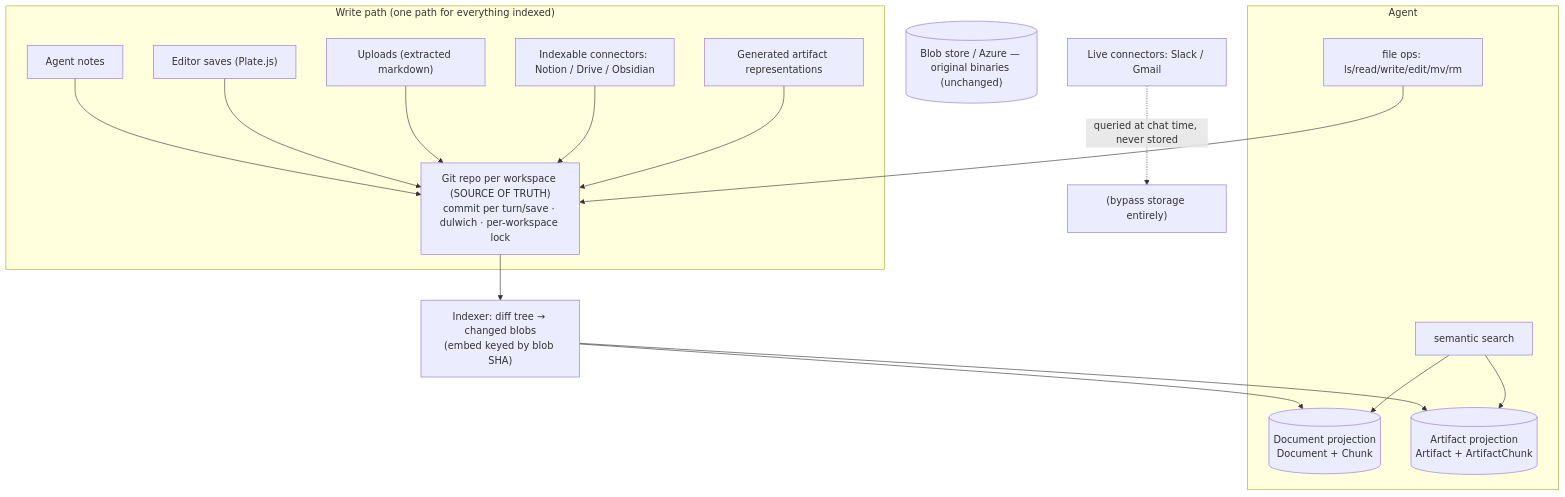
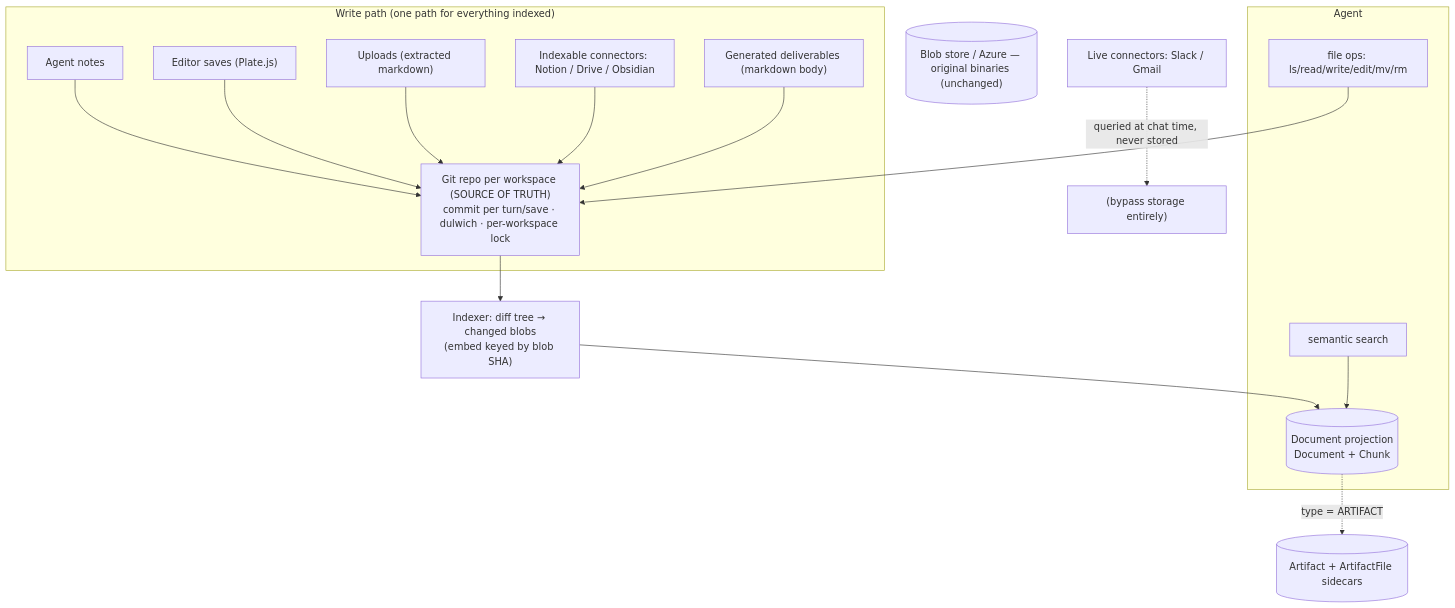
Before and after one commit to MODSetter/SurfSense: the first of 3 diagrams in plans/git-native-kb/00-umbrella-plan.md, drawn with Mermaid. The commit also changed other lines of this file and 12 other files, not shown here.

Commit message:
docs(adr): add ADR 0003 detailing the decision to treat generated deliverables as documents with a dedicated artifact sidecar

````diff
--- a/plans/git-native-kb/00-umbrella-plan.md
+++ b/plans/git-native-kb/00-umbrella-plan.md
@@ -17,21 +17,20 @@
 ```mermaid
 flowchart TD
   subgraph WRITE["Write path (one path for everything indexed)"]
     AG["Agent notes"] --> GIT
     ED["Editor saves (Plate.js)"] --> GIT
     UP["Uploads (extracted markdown)"] --> GIT
     NOT["Indexable connectors: Notion / Drive / Obsidian"] --> GIT
-    ART["Generated artifact representations"] --> GIT
+    ART["Generated deliverables (markdown body)"] --> GIT
   end
   GIT["Git repo per workspace (SOURCE OF TRUTH)\ncommit per turn/save · dulwich · per-workspace lock"]
   GIT --> IDX["Indexer: diff tree → changed blobs\n(embed keyed by blob SHA)"]
   IDX --> DOCIDX[("Document projection\nDocument + Chunk")]
-  IDX --> ARTIDX[("Artifact projection\nArtifact + ArtifactChunk")]
+  DOCIDX -.->|"type = ARTIFACT"| ARTSC[("Artifact + ArtifactFile sidecars")]
   subgraph READ["Agent"]
     FS["file ops: ls/read/write/edit/mv/rm"] --> GIT
     SR["semantic search"] --> DOCIDX
-    SR --> ARTIDX
   end
   LIVE["Live connectors: Slack / Gmail"] -.->|queried at chat time, never stored| SKIP["(bypass storage entirely)"]
   BLOB[("Blob store / Azure — original binaries (unchanged)")]
 ```
````
